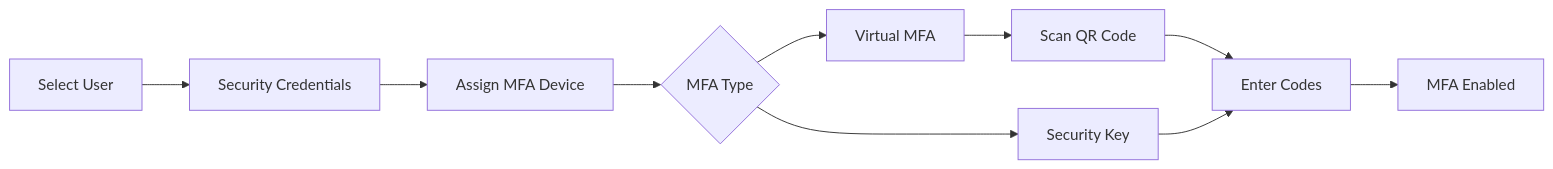
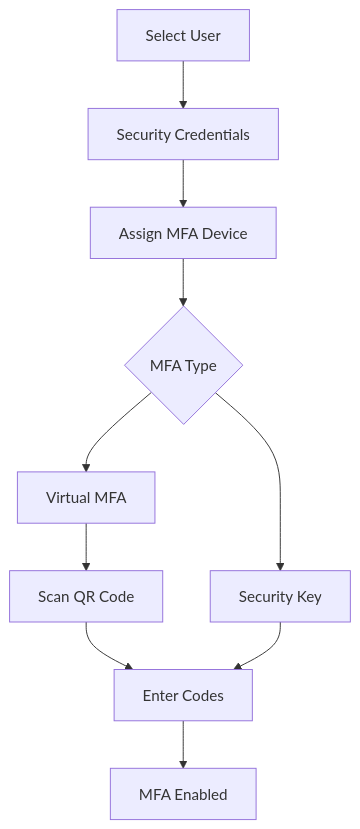
One commit to sujith-eag/sujith-library changed the fourth of 4 diagrams in docs/dev-cloud/cclab/lab_2.md. Above: the diagram before and after it, drawn with Mermaid. The commit also changed 10 other files, not shown here.

````diff
--- a/docs/dev-cloud/cclab/lab_2.md
+++ b/docs/dev-cloud/cclab/lab_2.md
@@ -171,12 +171,12 @@
 ```mermaid
-flowchart LR
+flowchart TD
     User[Select User] --> Security[Security Credentials]
     Security --> Assign[Assign MFA Device]
     Assign --> Type{MFA Type}
     Type --> Virtual[Virtual MFA]
     Type --> Key[Security Key]
     Virtual --> Scan[Scan QR Code]
     Scan --> Verify[Enter Codes]
     Key --> Verify
     Verify --> Done[MFA Enabled]
 ```
````
